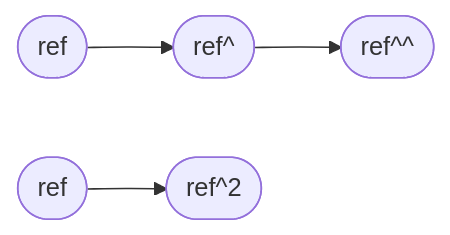
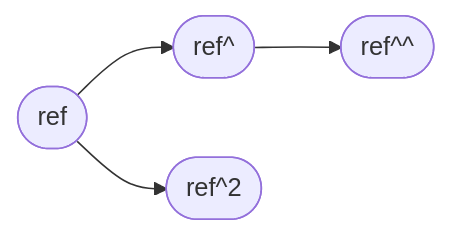
The fifth of 11 diagrams in docs/commits.md (hpc2n/course-intro-git), drawn with Mermaid before and after one commit.

Commit message:
Making it easier to read

````diff
--- a/docs/commits.md
+++ b/docs/commits.md
@@ -669,6 +669,6 @@
 ```mermaid
 graph LR
-  refi(["ref"]) --> refhat(["ref^"])
+  ref(["ref"]) --> refhat(["ref^"])
   ref(["ref"]) --> refhat2(["ref^2"])
   refhat(["ref^"]) --> refhathat(["ref^^"])
 ```
````
